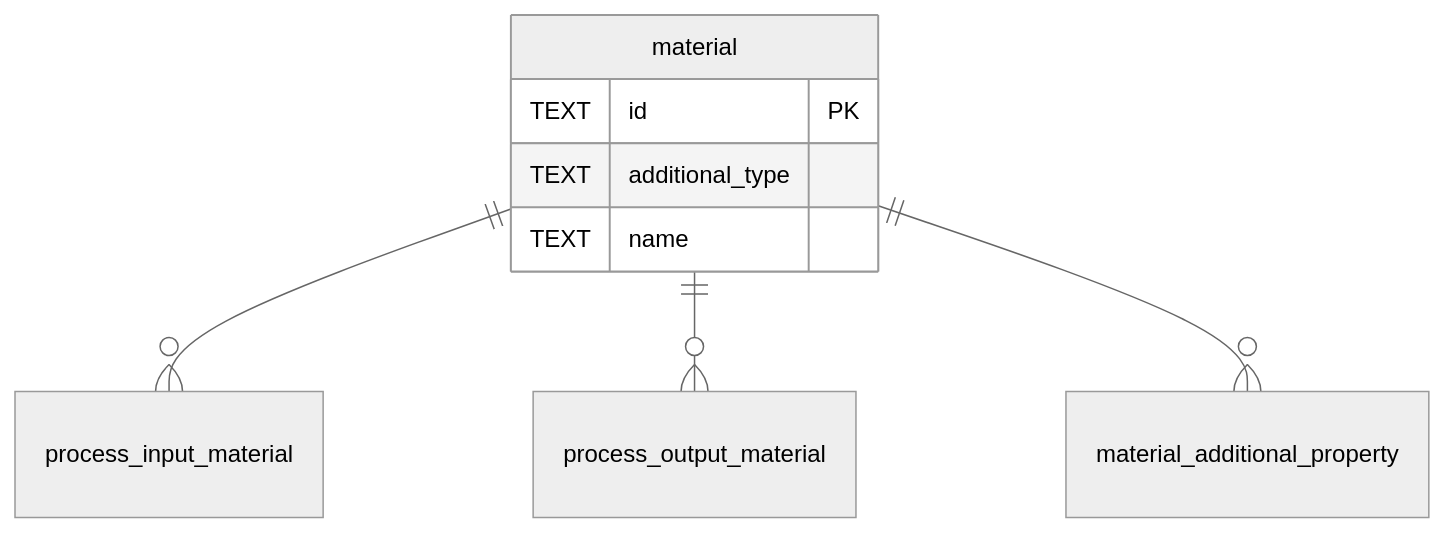
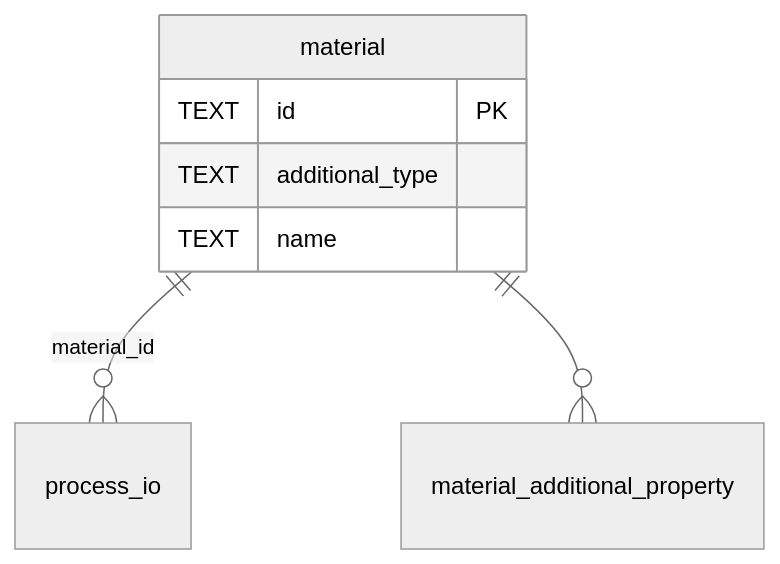
One commit to HLWeil/ProcessCore changed the seventh of 18 diagrams in schemas/sql/design.md. Above: the diagram before and after it, drawn with Mermaid (neutral theme). The commit also changed other lines of this file, not shown here.

Commit message:
docs: improve SQL schema design plan

````diff
--- a/schemas/sql/design.md
+++ b/schemas/sql/design.md
@@ -224,11 +219,10 @@
 ```mermaid
 erDiagram
     material {
         TEXT id PK
         TEXT additional_type
         TEXT name
     }
-    material ||--o{ process_input_material : ""
-    material ||--o{ process_output_material : ""
+    material ||--o{ process_io : "material_id"
     material ||--o{ material_additional_property : ""
 ```
````
